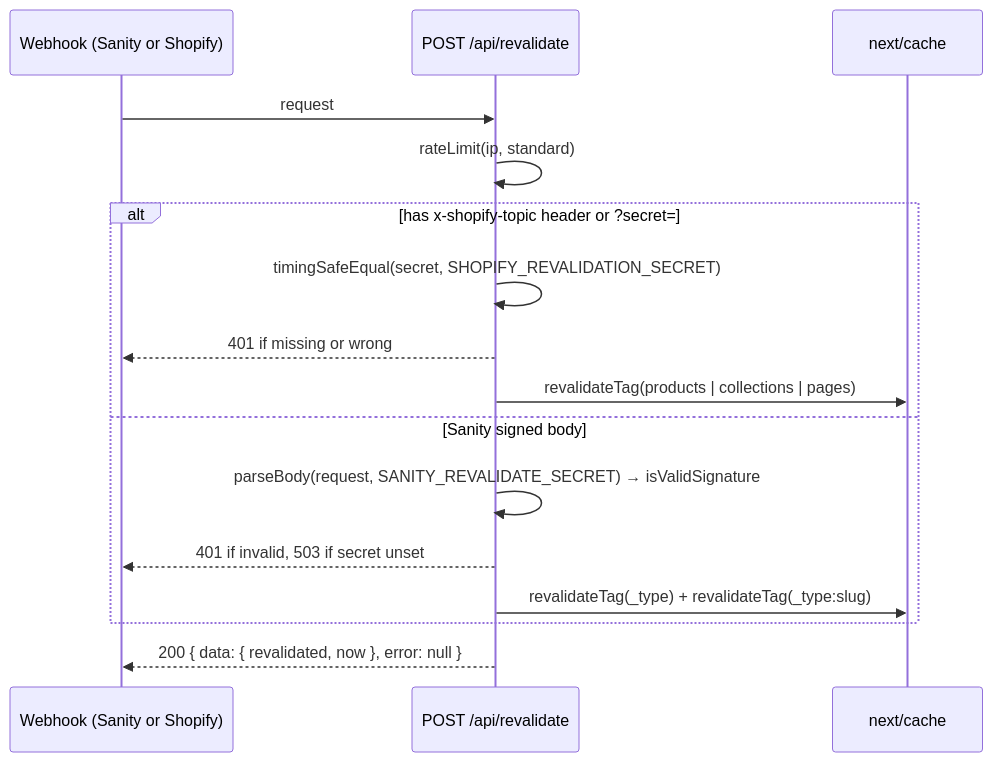
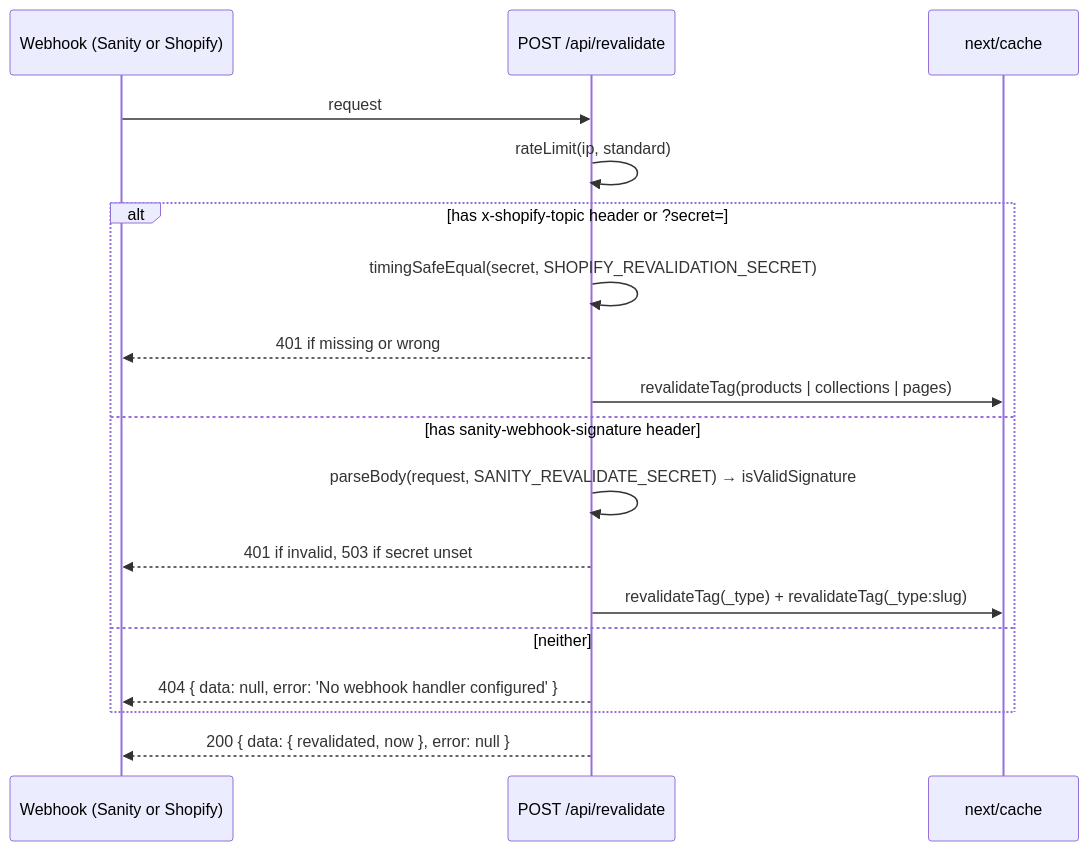
The diagram in app/api/README.md (darkroomengineering/satus), drawn with Mermaid before and after one commit. The commit also changed other lines of this file and 44 other files, not shown here.

````diff
--- a/app/api/README.md
+++ b/app/api/README.md
@@ -74,18 +76,20 @@
 ```mermaid
 sequenceDiagram
     participant W as Webhook (Sanity or Shopify)
     participant R as POST /api/revalidate
     participant T as next/cache
     W->>R: request
     R->>R: rateLimit(ip, standard)
     alt has x-shopify-topic header or ?secret=
         R->>R: timingSafeEqual(secret, SHOPIFY_REVALIDATION_SECRET)
         R-->>W: 401 if missing or wrong
         R->>T: revalidateTag(products | collections | pages)
-    else Sanity signed body
+    else has sanity-webhook-signature header
         R->>R: parseBody(request, SANITY_REVALIDATE_SECRET) → isValidSignature
         R-->>W: 401 if invalid, 503 if secret unset
         R->>T: revalidateTag(_type) + revalidateTag(_type:slug)
+    else neither
+        R-->>W: 404 { data: null, error: 'No webhook handler configured' }
     end
     R-->>W: 200 { data: { revalidated, now }, error: null }
 ```
````
